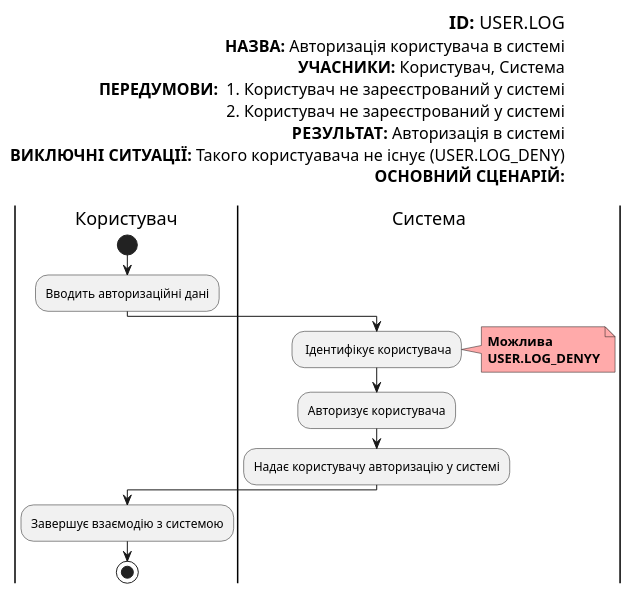
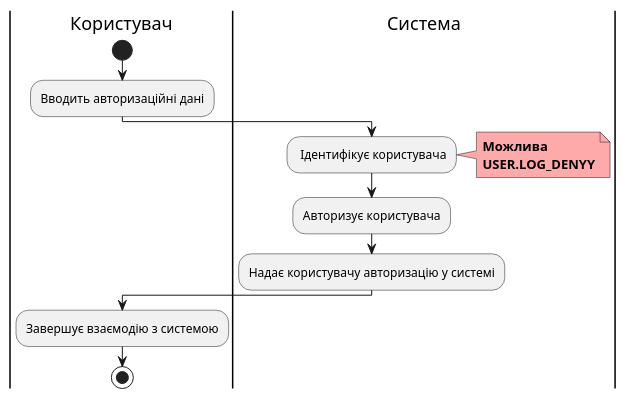
The fourth of 16 diagrams in docs/use cases/README.md (boldak/edu-db-cw), drawn with PlantUML before and after one commit. The commit also changed other lines of this file, not shown here.

```diff
--- a/docs/use cases/README.md
+++ b/docs/use cases/README.md
@@ -106,37 +112,25 @@
 @startuml
-
-left header
-  <font color=000 size=18><b>ID:</b> USER.LOG
-  <font color=000 size=16><b>НАЗВА:</b> Авторизація користувача в системі
-  <font color=000 size=16><b>УЧАСНИКИ:</b> Користувач, Система
-  <font color=000 size=16><b>ПЕРЕДУМОВИ:</b>  1. Користувач не зареєстрований у системі 
-  <font color=000 size=16>2. Користувач не зареєстрований у системі
-  <font color=000 size=16><b>РЕЗУЛЬТАТ:</b> Авторизація в системі
-  <font color=000 size=16><b>ВИКЛЮЧНІ СИТУАЦІЇ:</b> Такого користуавача не існує (USER.LOG_DENY)
-  <font color=000 size=16><b>ОСНОВНИЙ СЦЕНАРІЙ:</b>
-
-end header
 
 |Користувач|
     start
     :Вводить авторизаційні дані;
 
 
 
 |Система|
     : Ідентифікує користувача;
 note right #ffaaaa
     <b>Можлива</b>
     <b>USER.LOG_DENYY</b>
     end note
 
 
 
     :Авторизує користувача;
 
     :Надає користувачу авторизацію у системі;
 |Користувач|           
     :Завершує взаємодію з системою;
 
     stop;
 @enduml
```
